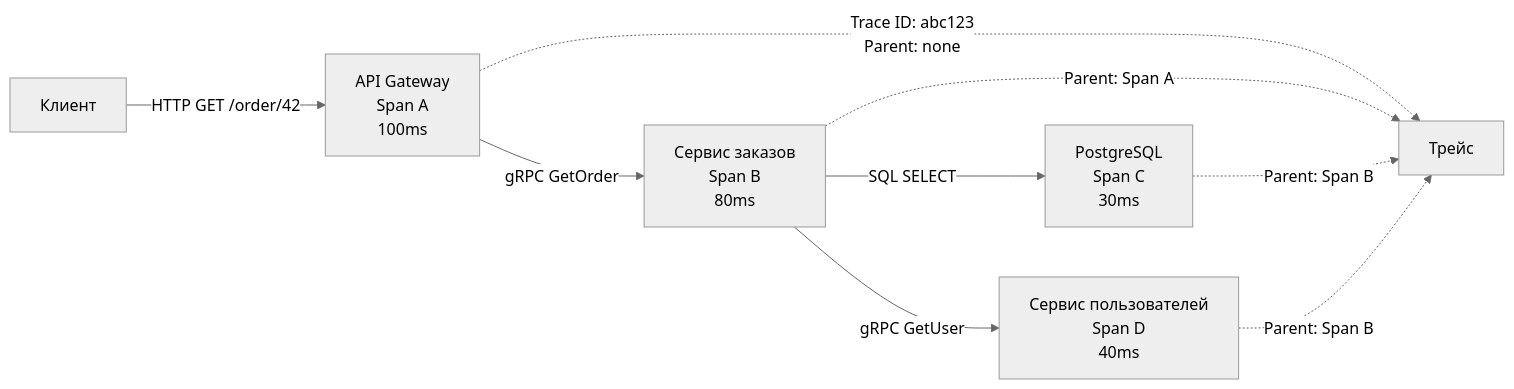
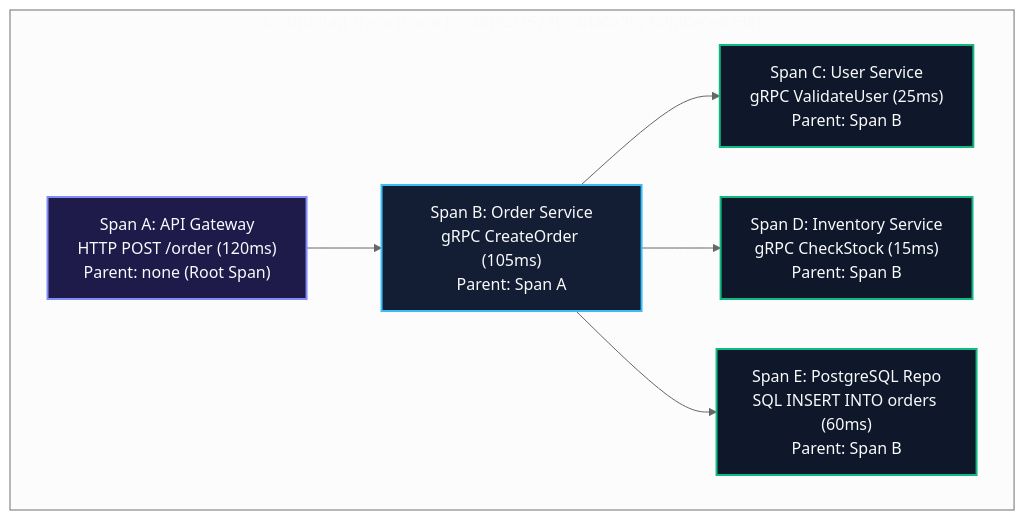
One commit to UnrealTemplier/go-textbook changed the first of 3 diagrams in sources/11. Архитектура и System Design/40. Distributed Tracing и корреляция запросов.md. Above: the diagram before and after it, drawn with Mermaid (neutral theme). The commit also changed other lines of this file, not shown here.

````diff
--- a/sources/11. Архитектура и System Design/40. Distributed Tracing и корреляция запросов.md
+++ b/sources/11. Архитектура и System Design/40. Distributed Tracing и корреляция запросов.md
@@ -20,12 +20,26 @@
 ```mermaid
-flowchart LR
-    Client["Клиент"] -->|"HTTP GET /order/42"| Gateway["API Gateway<br>Span A<br>100ms"]
-    Gateway -->|"gRPC GetOrder"| OrderSvc["Сервис заказов<br>Span B<br>80ms"]
-    OrderSvc -->|"SQL SELECT"| DB["PostgreSQL<br>Span C<br>30ms"]
-    OrderSvc -->|"gRPC GetUser"| UserSvc["Сервис пользователей<br>Span D<br>40ms"]
-    
-    Gateway -.->|"Trace ID: abc123<br>Parent: none"| Trace["Трейс"]
-    OrderSvc -.->|"Parent: Span A"| Trace
-    DB -.->|"Parent: Span B"| Trace
-    UserSvc -.->|"Parent: Span B"| Trace
+flowchart TD
+    subgraph Trace["Distributed Trace (Trace ID: 4bf92f3577b34da6a3ce929d0e0e4736)"]
+        SpanA["Span A: API Gateway<br>HTTP POST /order (120ms)<br>Parent: none (Root Span)"]
+        
+        SpanB["Span B: Order Service<br>gRPC CreateOrder (105ms)<br>Parent: Span A"]
+        
+        SpanC["Span C: User Service<br>gRPC ValidateUser (25ms)<br>Parent: Span B"]
+        
+        SpanD["Span D: Inventory Service<br>gRPC CheckStock (15ms)<br>Parent: Span B"]
+        
+        SpanE["Span E: PostgreSQL Repo<br>SQL INSERT INTO orders (60ms)<br>Parent: Span B"]
+    end
+
+    SpanA --> SpanB
+    SpanB --> SpanC
+    SpanB --> SpanD
+    SpanB --> SpanE
+
+    classDef root fill:#1e1b4b,stroke:#818cf8,stroke-width:2px,color:#f8fafc;
+    classDef child fill:#131d33,stroke:#38bdf8,stroke-width:2px,color:#f8fafc;
+    classDef leaf fill:#0f172a,stroke:#10b981,stroke-width:2px,color:#f8fafc;
+    class SpanA root;
+    class SpanB child;
+    class SpanC,SpanD,SpanE leaf;
 ```
````
